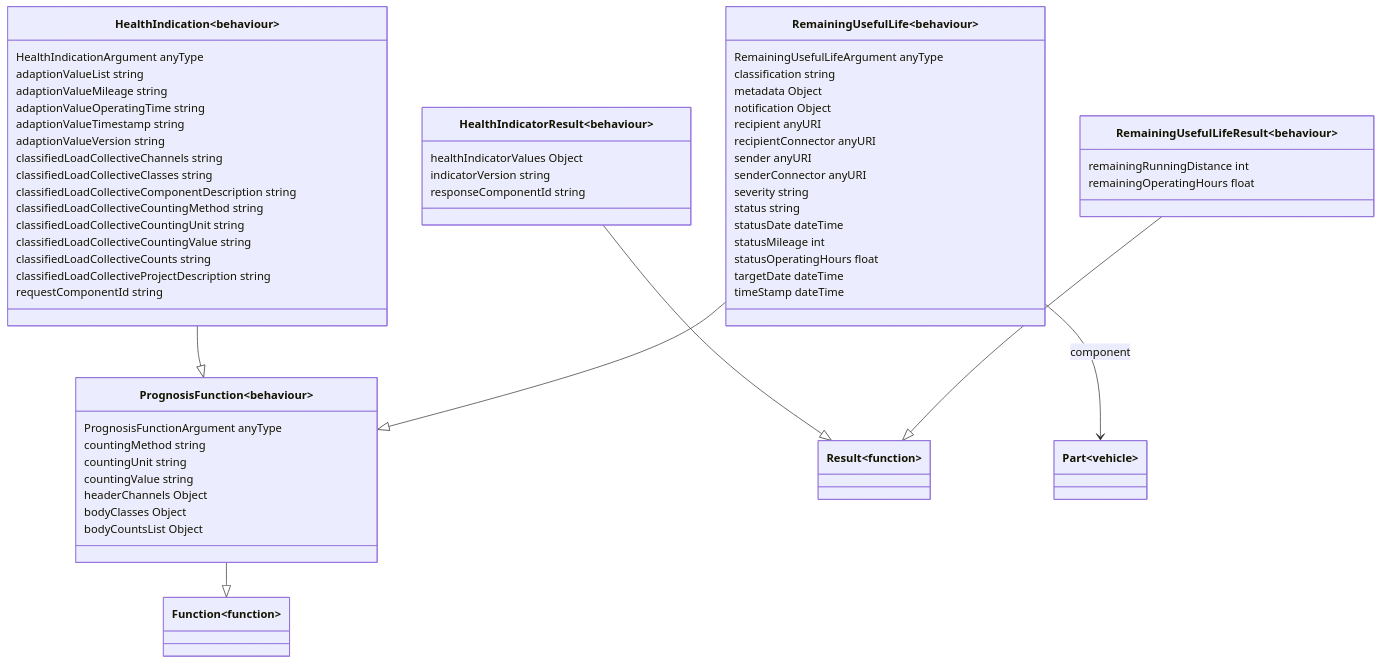
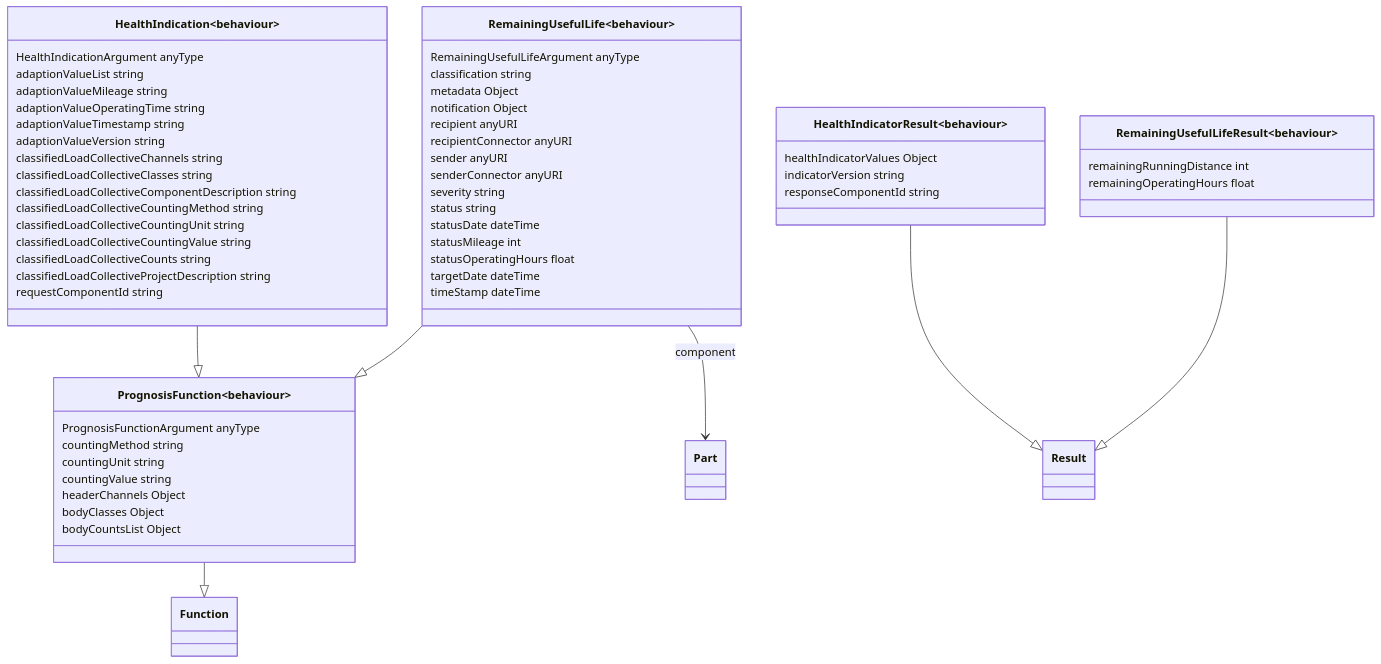
The diagram in docs/behaviour_ontology.md (eclipse-tractusx/sldt-ontology-model), drawn with Mermaid before and after one commit. The commit also changed other lines of this file and 22 other files, not shown here.

````diff
--- a/docs/behaviour_ontology.md
+++ b/docs/behaviour_ontology.md
@@ -25,68 +25,62 @@
 ```mermaid
 classDiagram 
    class PrognosisFunction~behaviour~{
        PrognosisFunctionArgument anyType
        countingMethod string
        countingUnit string
        countingValue string
        headerChannels Object
        bodyClasses Object
        bodyCountsList Object
    } 
    class HealthIndication~behaviour~{
        HealthIndicationArgument anyType
        adaptionValueList string
        adaptionValueMileage string
        adaptionValueOperatingTime string
        adaptionValueTimestamp string
        adaptionValueVersion string
        classifiedLoadCollectiveChannels string
        classifiedLoadCollectiveClasses string
        classifiedLoadCollectiveComponentDescription string
        classifiedLoadCollectiveCountingMethod string
        classifiedLoadCollectiveCountingUnit string
        classifiedLoadCollectiveCountingValue string
        classifiedLoadCollectiveCounts string
        classifiedLoadCollectiveProjectDescription string
        requestComponentId string
    } 
    class HealthIndicatorResult~behaviour~{
        healthIndicatorValues Object
        indicatorVersion string
        responseComponentId string
    } 
    class RemainingUsefulLife~behaviour~{
        RemainingUsefulLifeArgument anyType
        classification string
        metadata Object
        notification Object
        recipient anyURI
        recipientConnector anyURI
        sender anyURI
        senderConnector anyURI
        severity string
        status string
        statusDate dateTime
        statusMileage int
        statusOperatingHours float
        targetDate dateTime
        timeStamp dateTime
    } 
    class RemainingUsefulLifeResult~behaviour~{
        remainingRunningDistance int
        remainingOperatingHours float
    } 
-   class Function~function~{
-   } 
-   class Result~function~{
-   } 
-   class Part~vehicle~{
-   } 
    RemainingUsefulLife --> Part : component
    PrognosisFunction --|> Function
    HealthIndication --|> PrognosisFunction
    RemainingUsefulLife --|> PrognosisFunction
    HealthIndicatorResult --|> Result
    RemainingUsefulLifeResult --|> Result
 
 ```  
````
